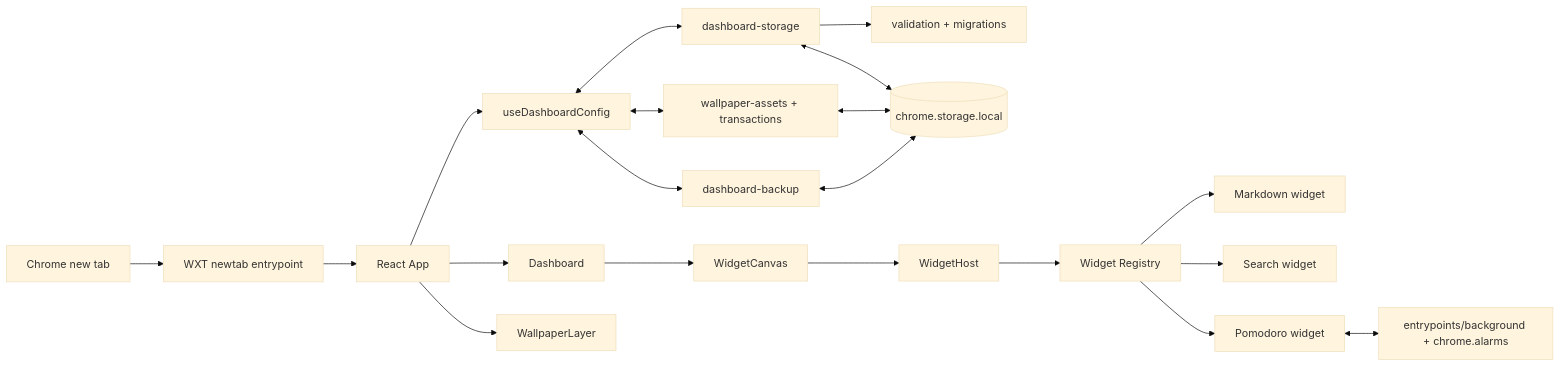
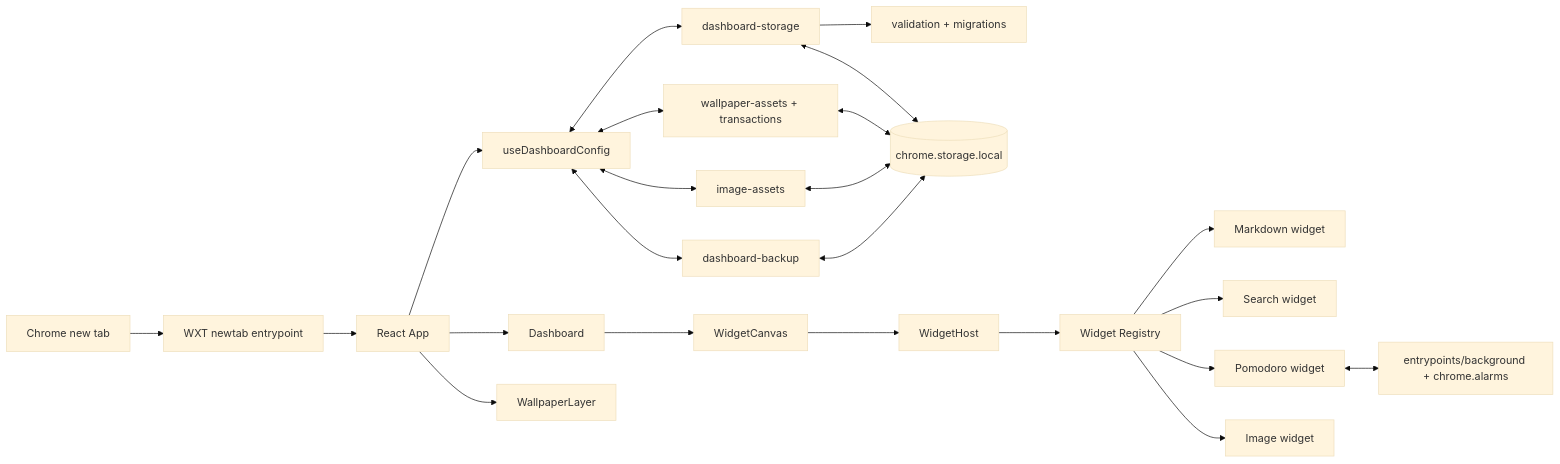
The diagram in docs/ARCHITECTURE.md (a-melchikov/chrome-start-page), drawn with Mermaid (base theme) before and after one commit. The commit also changed other lines of this file and 29 other files, not shown here.

Commit message:
feat(image): add image widget with local and remote source support

````diff
--- a/docs/ARCHITECTURE.md
+++ b/docs/ARCHITECTURE.md
@@ -5,22 +5,25 @@
 ```mermaid
 flowchart LR
   Chrome[Chrome new tab] --> WXT[WXT newtab entrypoint]
   WXT --> App[React App]
   App --> Hook[useDashboardConfig]
   Hook <--> Repo[dashboard-storage]
-  Hook <--> Assets[wallpaper-assets + transactions]
+  Hook <--> WallpaperAssets[wallpaper-assets + transactions]
+  Hook <--> ImageAssets[image-assets]
   Hook <--> Backup[dashboard-backup]
   Repo --> Validate[validation + migrations]
   Repo <--> Local[(chrome.storage.local)]
-  Assets <--> Local
+  WallpaperAssets <--> Local
+  ImageAssets <--> Local
   Backup <--> Local
   App --> Dashboard
   App --> Wallpaper[WallpaperLayer]
   Dashboard --> Grid[WidgetCanvas]
   Grid --> Host[WidgetHost]
   Host --> Registry[Widget Registry]
   Registry --> Markdown[Markdown widget]
   Registry --> Search[Search widget]
   Registry --> Pomodoro[Pomodoro widget]
+  Registry --> Image[Image widget]
   Pomodoro <--> Background[entrypoints/background + chrome.alarms]
 ```
````
